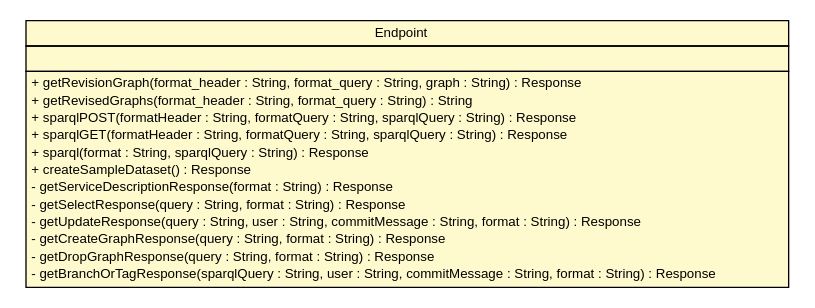
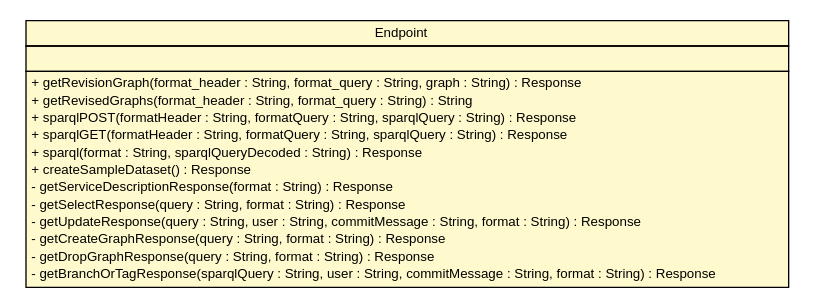
Before and after one commit to markusgraube/r43ples: the diagram in javadoc/de/tud/plt/r43ples/webservice/Endpoint.dot, drawn with Graphviz. The commit also changed 94 other files, not shown here.

```diff
--- a/javadoc/de/tud/plt/r43ples/webservice/Endpoint.dot
+++ b/javadoc/de/tud/plt/r43ples/webservice/Endpoint.dot
@@ -1,35 +1,35 @@
 #!/usr/local/bin/dot
 #
 # Class diagram 
 # Generated by UMLGraph version R5_6_6-6-g3bdff0 (http://www.umlgraph.org/)
 #
 
 digraph G {
 	edge [fontname="Helvetica",fontsize=10,labelfontname="Helvetica",labelfontsize=10];
 	node [fontname="Helvetica",fontsize=10,shape=plaintext];
 	nodesep=0.25;
 	ranksep=0.5;
 	// de.tud.plt.r43ples.webservice.Endpoint
 	c122 [label=<<table title="de.tud.plt.r43ples.webservice.Endpoint" border="0" cellborder="1" cellspacing="0" cellpadding="2" port="p" bgcolor="lemonChiffon" href="./Endpoint.html">
 		<tr><td><table border="0" cellspacing="0" cellpadding="1">
 <tr><td align="center" balign="center"> Endpoint </td></tr>
 		</table></td></tr>
 		<tr><td><table border="0" cellspacing="0" cellpadding="1">
 <tr><td align="left" balign="left">  </td></tr>
 		</table></td></tr>
 		<tr><td><table border="0" cellspacing="0" cellpadding="1">
 <tr><td align="left" balign="left"> + getRevisionGraph(format_header : String, format_query : String, graph : String) : Response </td></tr>
 <tr><td align="left" balign="left"> + getRevisedGraphs(format_header : String, format_query : String) : String </td></tr>
 <tr><td align="left" balign="left"> + sparqlPOST(formatHeader : String, formatQuery : String, sparqlQuery : String) : Response </td></tr>
 <tr><td align="left" balign="left"> + sparqlGET(formatHeader : String, formatQuery : String, sparqlQuery : String) : Response </td></tr>
-<tr><td align="left" balign="left"> + sparql(format : String, sparqlQuery : String) : Response </td></tr>
+<tr><td align="left" balign="left"> + sparql(format : String, sparqlQueryDecoded : String) : Response </td></tr>
 <tr><td align="left" balign="left"> + createSampleDataset() : Response </td></tr>
 <tr><td align="left" balign="left"> - getServiceDescriptionResponse(format : String) : Response </td></tr>
 <tr><td align="left" balign="left"> - getSelectResponse(query : String, format : String) : Response </td></tr>
 <tr><td align="left" balign="left"> - getUpdateResponse(query : String, user : String, commitMessage : String, format : String) : Response </td></tr>
 <tr><td align="left" balign="left"> - getCreateGraphResponse(query : String, format : String) : Response </td></tr>
 <tr><td align="left" balign="left"> - getDropGraphResponse(query : String, format : String) : Response </td></tr>
 <tr><td align="left" balign="left"> - getBranchOrTagResponse(sparqlQuery : String, user : String, commitMessage : String, format : String) : Response </td></tr>
 		</table></td></tr>
 		</table>>, URL="./Endpoint.html", fontname="Helvetica", fontcolor="black", fontsize=10.0];
 }
```
